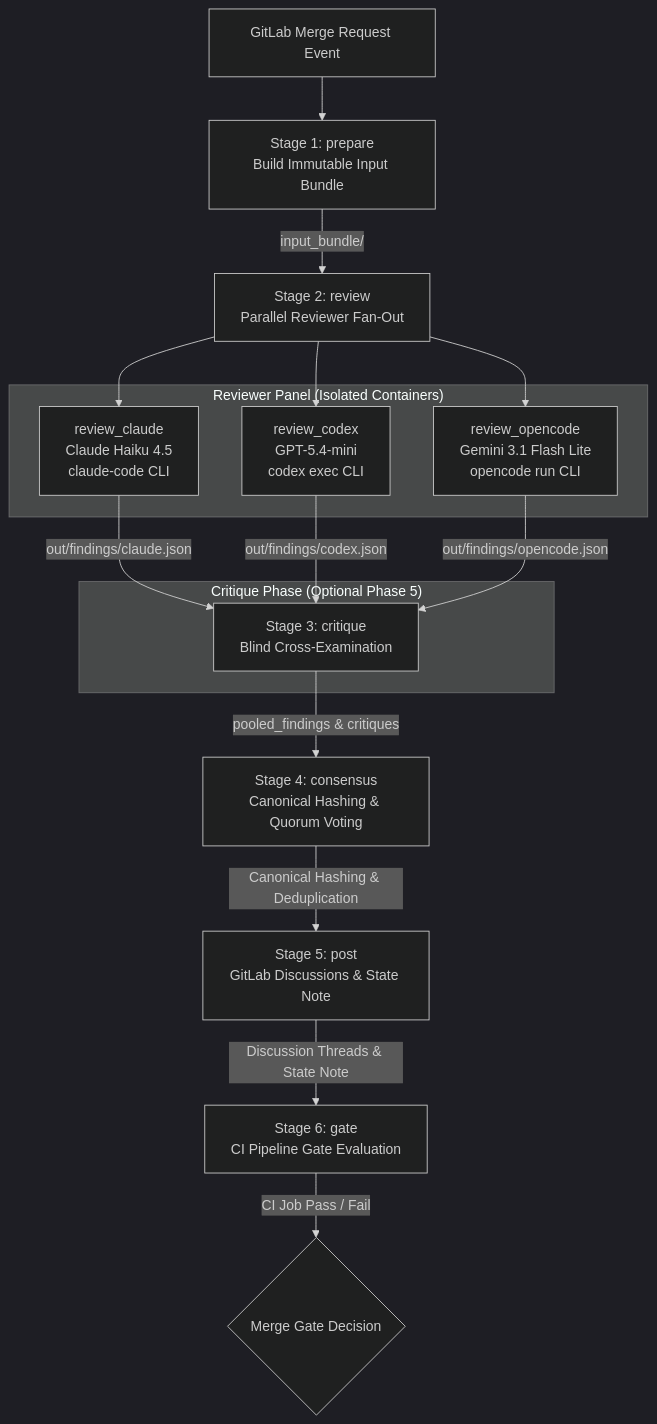
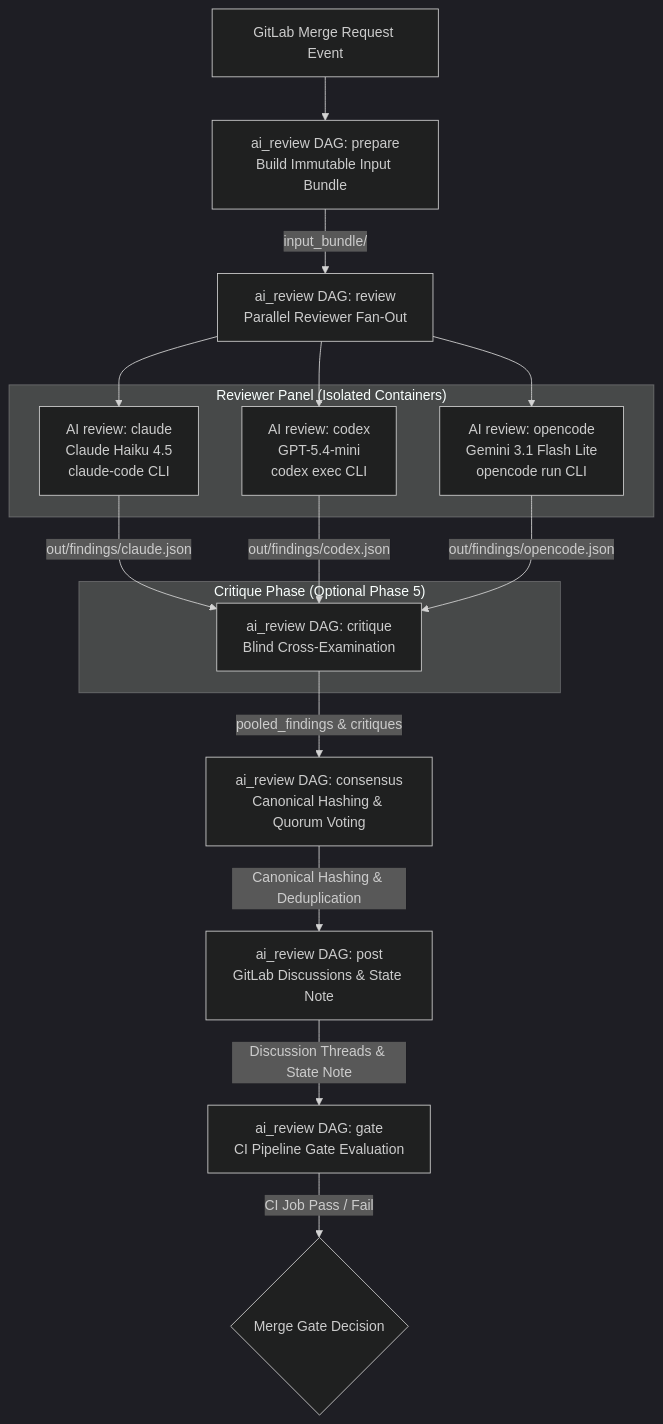
The diagram in README.md (seanleecoder/code-tribunal), drawn with Mermaid (dark theme) before and after one commit. The commit also changed other lines of this file and 19 other files, not shown here.

Commit message:
Add compact trusted GitLab review pipelines

````diff
--- a/README.md
+++ b/README.md
@@ -32,28 +32,28 @@
 ```mermaid
 flowchart TD
-    MR[GitLab Merge Request Event] --> Prepare[Stage 1: prepare\nBuild Immutable Input Bundle]
-    Prepare -->|input_bundle/| Reviewers[Stage 2: review\nParallel Reviewer Fan-Out]
+    MR[GitLab Merge Request Event] --> Prepare[ai_review DAG: prepare\nBuild Immutable Input Bundle]
+    Prepare -->|input_bundle/| Reviewers[ai_review DAG: review\nParallel Reviewer Fan-Out]
 
     subgraph Panel ["Reviewer Panel (Isolated Containers)"]
-        Claude[review_claude\nClaude Haiku 4.5\nclaude-code CLI]
-        Codex[review_codex\nGPT-5.4-mini\ncodex exec CLI]
-        OpenCode[review_opencode\nGemini 3.1 Flash Lite\nopencode run CLI]
+        Claude[AI review: claude\nClaude Haiku 4.5\nclaude-code CLI]
+        Codex[AI review: codex\nGPT-5.4-mini\ncodex exec CLI]
+        OpenCode[AI review: opencode\nGemini 3.1 Flash Lite\nopencode run CLI]
     end
 
     Reviewers --> Claude
     Reviewers --> Codex
     Reviewers --> OpenCode
 
     Claude -->|out/findings/claude.json| Critique
     Codex -->|out/findings/codex.json| Critique
     OpenCode -->|out/findings/opencode.json| Critique
 
     subgraph CritiqueStage ["Critique Phase (Optional Phase 5)"]
-        Critique[Stage 3: critique\nBlind Cross-Examination]
+        Critique[ai_review DAG: critique\nBlind Cross-Examination]
     end
 
-    Critique -->|pooled_findings & critiques| Consensus[Stage 4: consensus\nCanonical Hashing & Quorum Voting]
-    Consensus -->|Canonical Hashing & Deduplication| Post[Stage 5: post\nGitLab Discussions & State Note]
-    Post -->|Discussion Threads & State Note| Gate[Stage 6: gate\nCI Pipeline Gate Evaluation]
+    Critique -->|pooled_findings & critiques| Consensus[ai_review DAG: consensus\nCanonical Hashing & Quorum Voting]
+    Consensus -->|Canonical Hashing & Deduplication| Post[ai_review DAG: post\nGitLab Discussions & State Note]
+    Post -->|Discussion Threads & State Note| Gate[ai_review DAG: gate\nCI Pipeline Gate Evaluation]
     Gate -->|CI Job Pass / Fail| Verdict{Merge Gate Decision}
 ```
````
